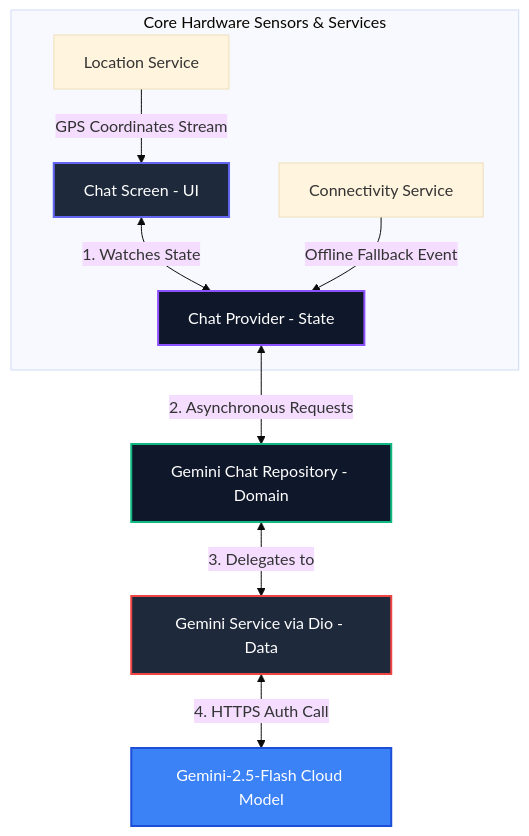
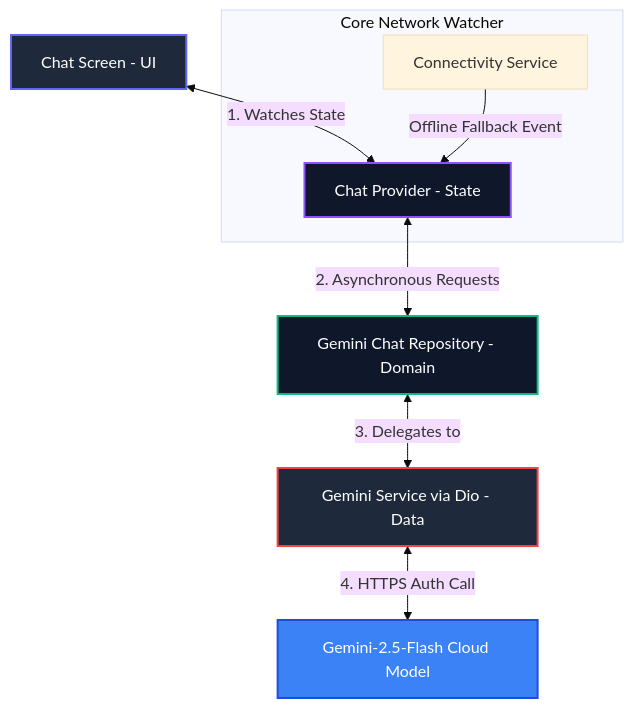
The diagram in README.md (Nash-wa/NexaAI-chatbot), drawn with Mermaid (base theme) before and after one commit. The commit also changed other lines of this file, not shown here.

Commit message:
docs: simplify architecture diagram to match core chatbot implementation

````diff
--- a/README.md
+++ b/README.md
@@ -17,18 +17,17 @@
 ```mermaid
 graph TD
     UI[Chat Screen - UI] <-->|1. Watches State| Provider[Chat Provider - State]
     Provider <-->|2. Asynchronous Requests| Repo[Gemini Chat Repository - Domain]
     Repo <-->|3. Delegates to| Service[Gemini Service via Dio - Data]
     Service <-->|4. HTTPS Auth Call| Gemini[Gemini-2.5-Flash Cloud Model]
     
-    subgraph Core Hardware Sensors & Services
+    subgraph Core Network Watcher
         Conn[Connectivity Service] -->|Offline Fallback Event| Provider
-        GPS[Location Service] -->|GPS Coordinates Stream| UI
     end
     
     style UI fill:#1E293B,stroke:#6366F1,stroke-width:2px,color:#fff
     style Provider fill:#0F172A,stroke:#8C52FF,stroke-width:2px,color:#fff
     style Repo fill:#0F172A,stroke:#10B981,stroke-width:2px,color:#fff
     style Service fill:#1E293B,stroke:#EF4444,stroke-width:2px,color:#fff
     style Gemini fill:#3B82F6,stroke:#1D4ED8,stroke-width:2px,color:#fff
 ```
````
